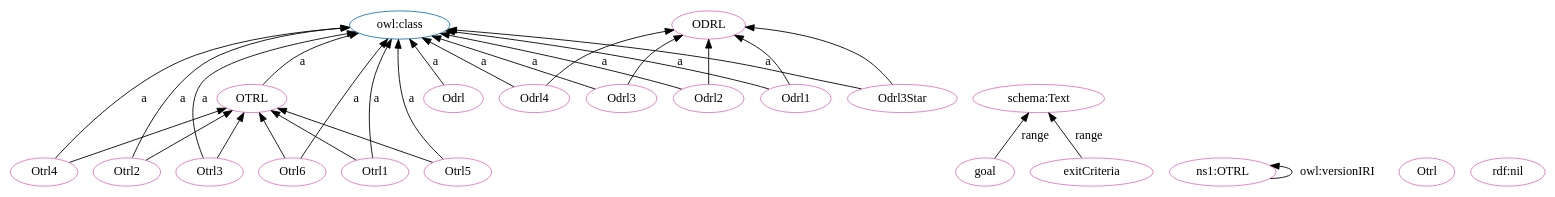
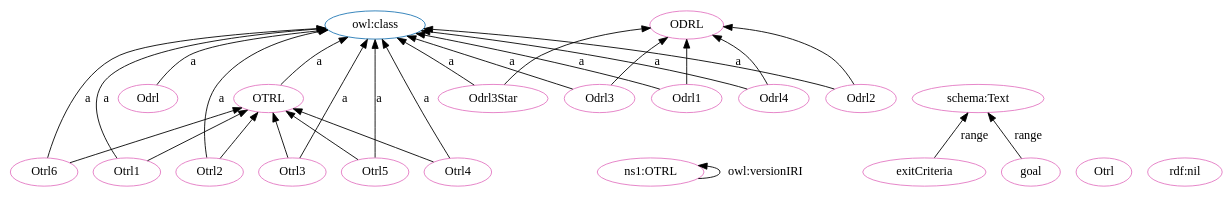
Before and after one commit to OPEN-NEXT/OKH-LOSH: the diagram in OTRL-clean.dot, drawn with Graphviz. The commit also changed other lines of this file and 15 other files, not shown here.

```diff
--- a/OTRL-clean.dot
+++ b/OTRL-clean.dot
@@ -1,54 +1,54 @@
 digraph G {
   rankdir=BT
   node[height=.3]
+"http://purl.org/oseg/ontologies/OTRL#OTRL" [fillcolor="#1f77b4" color="#1f77b4" label="OTRL"]
+"http://purl.org/oseg/ontologies/OTRL#ODRL" [fillcolor="#1f77b4" color="#1f77b4" label="ODRL"]
 "http://www.w3.org/2002/07/owl#class" [fillcolor="#1f77b4" color="#1f77b4" label="owl:class"]
-"http://purl.org/oseg/ontologies/OTRL#ODRL" [fillcolor="#1f77b4" color="#1f77b4" label="ODRL"]
-"http://purl.org/oseg/ontologies/OTRL#OTRL" [fillcolor="#1f77b4" color="#1f77b4" label="OTRL"]
-"http://purl.org/oseg/ontologies/OTRL#Otrl3" [fillcolor="#e377c2" color="#e377c2" label="Otrl3"]
-"http://purl.org/oseg/ontologies/OTRL#Otrl6" [fillcolor="#e377c2" color="#e377c2" label="Otrl6"]
+"http://purl.org/oseg/ontologies/OTRL" [fillcolor="#e377c2" color="#e377c2" label="ns1:OTRL"]
 "http://purl.org/oseg/ontologies/OTRL#ODRL" [fillcolor="#e377c2" color="#e377c2" label="ODRL"]
-"http://purl.org/oseg/ontologies/OTRL#goal" [fillcolor="#e377c2" color="#e377c2" label="goal"]
-"http://purl.org/oseg/ontologies/OTRL#Odrl4" [fillcolor="#e377c2" color="#e377c2" label="Odrl4"]
-"http://purl.org/oseg/ontologies/OTRL#Otrl1" [fillcolor="#e377c2" color="#e377c2" label="Otrl1"]
-"http://purl.org/oseg/ontologies/OTRL#Odrl" [fillcolor="#e377c2" color="#e377c2" label="Odrl"]
 "http://purl.org/oseg/ontologies/OTRL#exitCriteria" [fillcolor="#e377c2" color="#e377c2" label="exitCriteria"]
 "http://purl.org/oseg/ontologies/OTRL#OTRL" [fillcolor="#e377c2" color="#e377c2" label="OTRL"]
+"http://schema.org/Text" [fillcolor="#e377c2" color="#e377c2" label="schema:Text"]
+"http://purl.org/oseg/ontologies/OTRL#Odrl3" [fillcolor="#e377c2" color="#e377c2" label="Odrl3"]
+"http://purl.org/oseg/ontologies/OTRL#Otrl" [fillcolor="#e377c2" color="#e377c2" label="Otrl"]
+"http://purl.org/oseg/ontologies/OTRL#Otrl3" [fillcolor="#e377c2" color="#e377c2" label="Otrl3"]
+"http://purl.org/oseg/ontologies/OTRL#Otrl2" [fillcolor="#e377c2" color="#e377c2" label="Otrl2"]
+"http://purl.org/oseg/ontologies/OTRL#Odrl3Star" [fillcolor="#e377c2" color="#e377c2" label="Odrl3Star"]
+"http://purl.org/oseg/ontologies/OTRL#Otrl4" [fillcolor="#e377c2" color="#e377c2" label="Otrl4"]
+"http://purl.org/oseg/ontologies/OTRL#Otrl6" [fillcolor="#e377c2" color="#e377c2" label="Otrl6"]
+"http://purl.org/oseg/ontologies/OTRL#Odrl" [fillcolor="#e377c2" color="#e377c2" label="Odrl"]
+"http://purl.org/oseg/ontologies/OTRL#Otrl1" [fillcolor="#e377c2" color="#e377c2" label="Otrl1"]
+"http://www.w3.org/1999/02/22-rdf-syntax-ns#nil" [fillcolor="#e377c2" color="#e377c2" label="rdf:nil"]
+"http://purl.org/oseg/ontologies/OTRL#Odrl4" [fillcolor="#e377c2" color="#e377c2" label="Odrl4"]
+"http://purl.org/oseg/ontologies/OTRL#Odrl1" [fillcolor="#e377c2" color="#e377c2" label="Odrl1"]
 "http://purl.org/oseg/ontologies/OTRL#Otrl5" [fillcolor="#e377c2" color="#e377c2" label="Otrl5"]
-"http://purl.org/oseg/ontologies/OTRL#Odrl3" [fillcolor="#e377c2" color="#e377c2" label="Odrl3"]
-"http://schema.org/Text" [fillcolor="#e377c2" color="#e377c2" label="schema:Text"]
-"http://purl.org/oseg/ontologies/OTRL#Odrl1" [fillcolor="#e377c2" color="#e377c2" label="Odrl1"]
-"http://purl.org/oseg/ontologies/OTRL" [fillcolor="#e377c2" color="#e377c2" label="ns1:OTRL"]
 "http://purl.org/oseg/ontologies/OTRL#Odrl2" [fillcolor="#e377c2" color="#e377c2" label="Odrl2"]
-"http://purl.org/oseg/ontologies/OTRL#Otrl4" [fillcolor="#e377c2" color="#e377c2" label="Otrl4"]
-"http://purl.org/oseg/ontologies/OTRL#Odrl3Star" [fillcolor="#e377c2" color="#e377c2" label="Odrl3Star"]
-"http://purl.org/oseg/ontologies/OTRL#Otrl" [fillcolor="#e377c2" color="#e377c2" label="Otrl"]
-"http://www.w3.org/1999/02/22-rdf-syntax-ns#nil" [fillcolor="#e377c2" color="#e377c2" label="rdf:nil"]
-"http://purl.org/oseg/ontologies/OTRL#Otrl2" [fillcolor="#e377c2" color="#e377c2" label="Otrl2"]
+"http://purl.org/oseg/ontologies/OTRL#goal" [fillcolor="#e377c2" color="#e377c2" label="goal"]
+  "http://purl.org/oseg/ontologies/OTRL#Odrl3Star" -> "http://purl.org/oseg/ontologies/OTRL#ODRL" [label=""]
+  "http://purl.org/oseg/ontologies/OTRL" -> "http://purl.org/oseg/ontologies/OTRL" [label="owl:versionIRI"]
+  "http://purl.org/oseg/ontologies/OTRL#Otrl2" -> "http://purl.org/oseg/ontologies/OTRL#OTRL" [label=""]
+  "http://purl.org/oseg/ontologies/OTRL#Otrl3" -> "http://purl.org/oseg/ontologies/OTRL#OTRL" [label=""]
+  "http://purl.org/oseg/ontologies/OTRL#Otrl4" -> "http://purl.org/oseg/ontologies/OTRL#OTRL" [label=""]
+  "http://purl.org/oseg/ontologies/OTRL#Otrl1" -> "http://purl.org/oseg/ontologies/OTRL#OTRL" [label=""]
+  "http://purl.org/oseg/ontologies/OTRL#Odrl3" -> "http://www.w3.org/2002/07/owl#class" [label="a"]
+  "http://purl.org/oseg/ontologies/OTRL#Otrl3" -> "http://www.w3.org/2002/07/owl#class" [label="a"]
+  "http://purl.org/oseg/ontologies/OTRL#Otrl5" -> "http://purl.org/oseg/ontologies/OTRL#OTRL" [label=""]
+  "http://purl.org/oseg/ontologies/OTRL#Odrl3Star" -> "http://www.w3.org/2002/07/owl#class" [label="a"]
   "http://purl.org/oseg/ontologies/OTRL#Otrl6" -> "http://www.w3.org/2002/07/owl#class" [label="a"]
-  "http://purl.org/oseg/ontologies/OTRL#Odrl2" -> "http://purl.org/oseg/ontologies/OTRL#ODRL" [label=""]
-  "http://purl.org/oseg/ontologies/OTRL#Odrl" -> "http://www.w3.org/2002/07/owl#class" [label="a"]
-  "http://purl.org/oseg/ontologies/OTRL#Otrl5" -> "http://purl.org/oseg/ontologies/OTRL#OTRL" [label=""]
-  "http://purl.org/oseg/ontologies/OTRL#OTRL" -> "http://www.w3.org/2002/07/owl#class" [label="a"]
   "http://purl.org/oseg/ontologies/OTRL#goal" -> "http://schema.org/Text" [label="range"]
   "http://purl.org/oseg/ontologies/OTRL#Odrl1" -> "http://www.w3.org/2002/07/owl#class" [label="a"]
+  "http://purl.org/oseg/ontologies/OTRL#Odrl2" -> "http://www.w3.org/2002/07/owl#class" [label="a"]
   "http://purl.org/oseg/ontologies/OTRL#Odrl1" -> "http://purl.org/oseg/ontologies/OTRL#ODRL" [label=""]
-  "http://purl.org/oseg/ontologies/OTRL#Otrl4" -> "http://purl.org/oseg/ontologies/OTRL#OTRL" [label=""]
-  "http://purl.org/oseg/ontologies/OTRL#Otrl2" -> "http://purl.org/oseg/ontologies/OTRL#OTRL" [label=""]
-  "http://purl.org/oseg/ontologies/OTRL#Odrl3Star" -> "http://www.w3.org/2002/07/owl#class" [label="a"]
+  "http://purl.org/oseg/ontologies/OTRL#Odrl2" -> "http://purl.org/oseg/ontologies/OTRL#ODRL" [label=""]
+  "http://purl.org/oseg/ontologies/OTRL#Odrl3" -> "http://purl.org/oseg/ontologies/OTRL#ODRL" [label=""]
+  "http://purl.org/oseg/ontologies/OTRL#Otrl6" -> "http://purl.org/oseg/ontologies/OTRL#OTRL" [label=""]
+  "http://purl.org/oseg/ontologies/OTRL#exitCriteria" -> "http://schema.org/Text" [label="range"]
+  "http://purl.org/oseg/ontologies/OTRL#Otrl2" -> "http://www.w3.org/2002/07/owl#class" [label="a"]
   "http://purl.org/oseg/ontologies/OTRL#Otrl4" -> "http://www.w3.org/2002/07/owl#class" [label="a"]
-  "http://purl.org/oseg/ontologies/OTRL#Otrl3" -> "http://purl.org/oseg/ontologies/OTRL#OTRL" [label=""]
-  "http://purl.org/oseg/ontologies/OTRL" -> "http://purl.org/oseg/ontologies/OTRL" [label="owl:versionIRI"]
-  "http://purl.org/oseg/ontologies/OTRL#Odrl3" -> "http://purl.org/oseg/ontologies/OTRL#ODRL" [label=""]
-  "http://purl.org/oseg/ontologies/OTRL#Otrl2" -> "http://www.w3.org/2002/07/owl#class" [label="a"]
-  "http://purl.org/oseg/ontologies/OTRL#Otrl3" -> "http://www.w3.org/2002/07/owl#class" [label="a"]
-  "http://purl.org/oseg/ontologies/OTRL#Odrl3Star" -> "http://purl.org/oseg/ontologies/OTRL#ODRL" [label=""]
+  "http://purl.org/oseg/ontologies/OTRL#Otrl1" -> "http://www.w3.org/2002/07/owl#class" [label="a"]
+  "http://purl.org/oseg/ontologies/OTRL#Odrl" -> "http://www.w3.org/2002/07/owl#class" [label="a"]
   "http://purl.org/oseg/ontologies/OTRL#Odrl4" -> "http://www.w3.org/2002/07/owl#class" [label="a"]
-  "http://purl.org/oseg/ontologies/OTRL#Otrl1" -> "http://www.w3.org/2002/07/owl#class" [label="a"]
   "http://purl.org/oseg/ontologies/OTRL#Odrl4" -> "http://purl.org/oseg/ontologies/OTRL#ODRL" [label=""]
   "http://purl.org/oseg/ontologies/OTRL#Otrl5" -> "http://www.w3.org/2002/07/owl#class" [label="a"]
-  "http://purl.org/oseg/ontologies/OTRL#Odrl3" -> "http://www.w3.org/2002/07/owl#class" [label="a"]
-  "http://purl.org/oseg/ontologies/OTRL#Odrl2" -> "http://www.w3.org/2002/07/owl#class" [label="a"]
-  "http://purl.org/oseg/ontologies/OTRL#Otrl6" -> "http://purl.org/oseg/ontologies/OTRL#OTRL" [label=""]
-  "http://purl.org/oseg/ontologies/OTRL#Otrl1" -> "http://purl.org/oseg/ontologies/OTRL#OTRL" [label=""]
-  "http://purl.org/oseg/ontologies/OTRL#exitCriteria" -> "http://schema.org/Text" [label="range"]
+  "http://purl.org/oseg/ontologies/OTRL#OTRL" -> "http://www.w3.org/2002/07/owl#class" [label="a"]
 }
```
